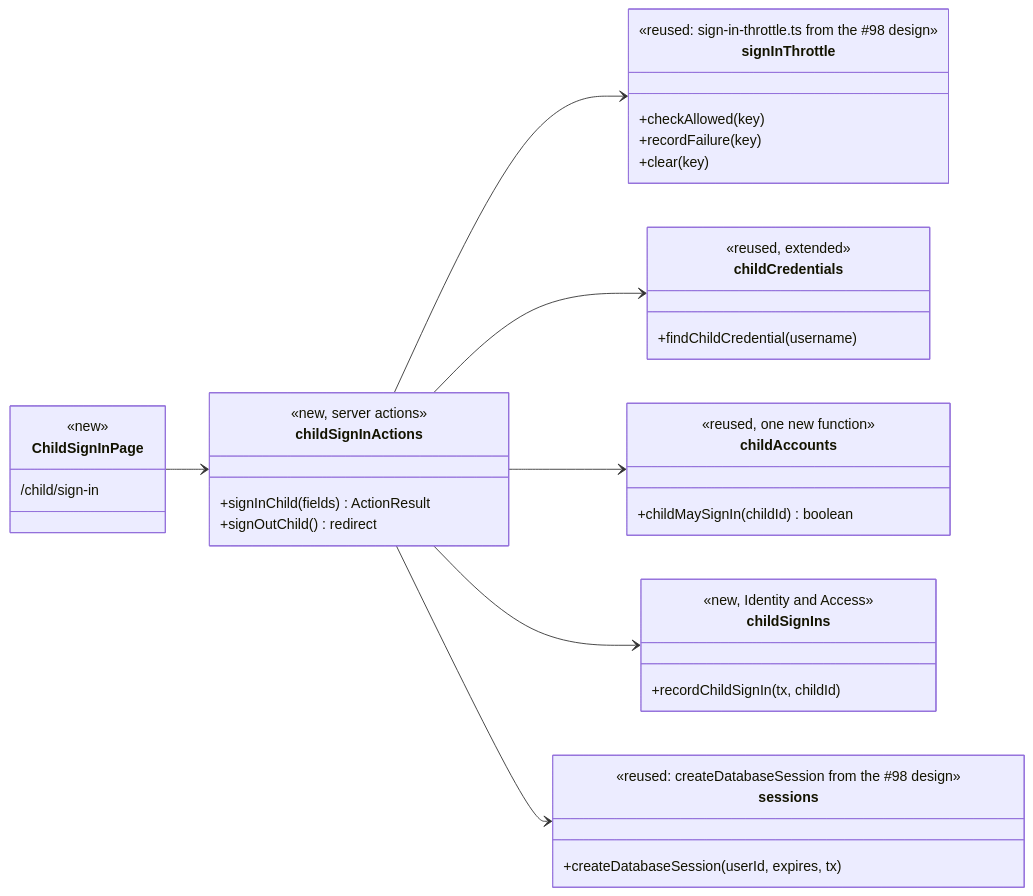
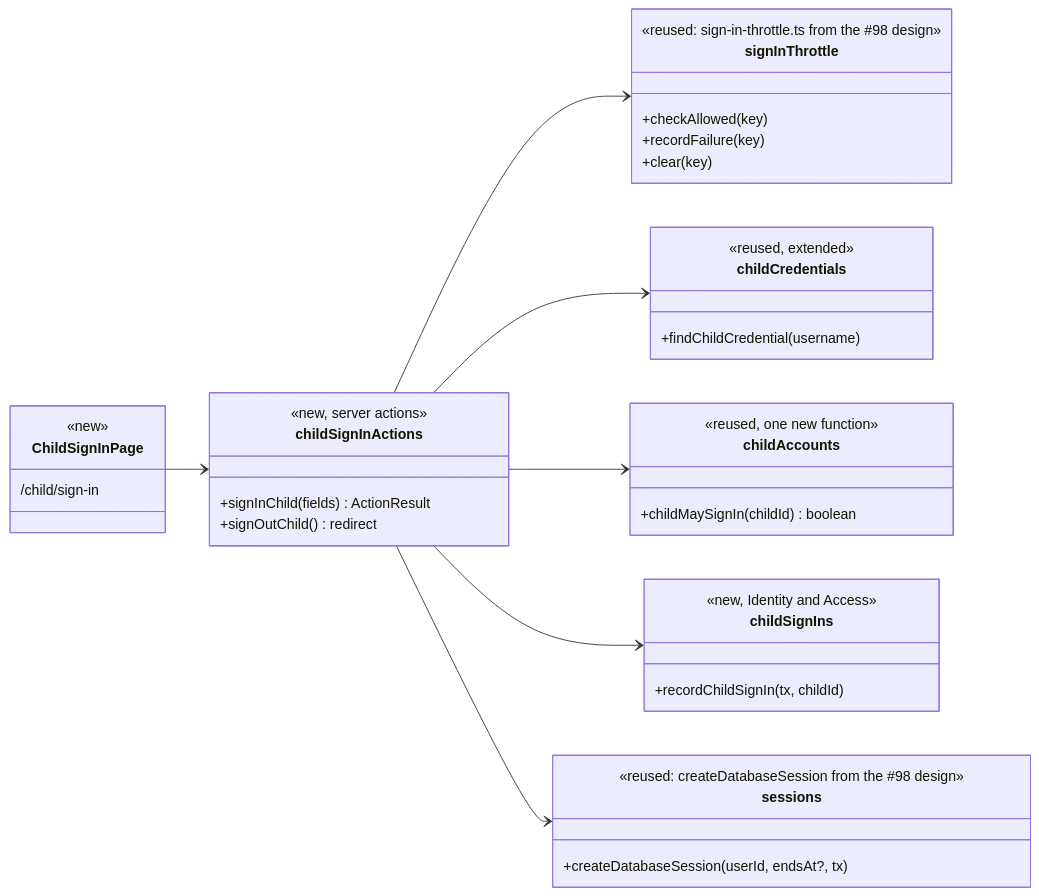
Before and after one commit to videogames21/book_buddies: the third of 9 diagrams in design/shlf.md, drawn with Mermaid. The commit also changed other lines of this file and 4 other files, not shown here.

````diff
--- a/design/shlf.md
+++ b/design/shlf.md
@@ -142,41 +151,41 @@
 ```mermaid
 classDiagram
     direction LR
     class ChildSignInPage {
         <<new>>
         /child/sign-in
     }
     class childSignInActions {
         <<new, server actions>>
         +signInChild(fields) ActionResult
         +signOutChild() redirect
     }
     class signInThrottle {
         <<reused: sign-in-throttle.ts from the #98 design>>
         +checkAllowed(key)
         +recordFailure(key)
         +clear(key)
     }
     class childSignIns {
         <<new, Identity and Access>>
         +recordChildSignIn(tx, childId)
     }
     class childCredentials {
         <<reused, extended>>
         +findChildCredential(username)
     }
     class childAccounts {
         <<reused, one new function>>
         +childMaySignIn(childId) boolean
     }
     class sessions {
         <<reused: createDatabaseSession from the #98 design>>
-        +createDatabaseSession(userId, expires, tx)
+        +createDatabaseSession(userId, endsAt?, tx)
     }
     ChildSignInPage --> childSignInActions
     childSignInActions --> signInThrottle
     childSignInActions --> childCredentials
     childSignInActions --> childAccounts
     childSignInActions --> childSignIns
     childSignInActions --> sessions
 ```
````
